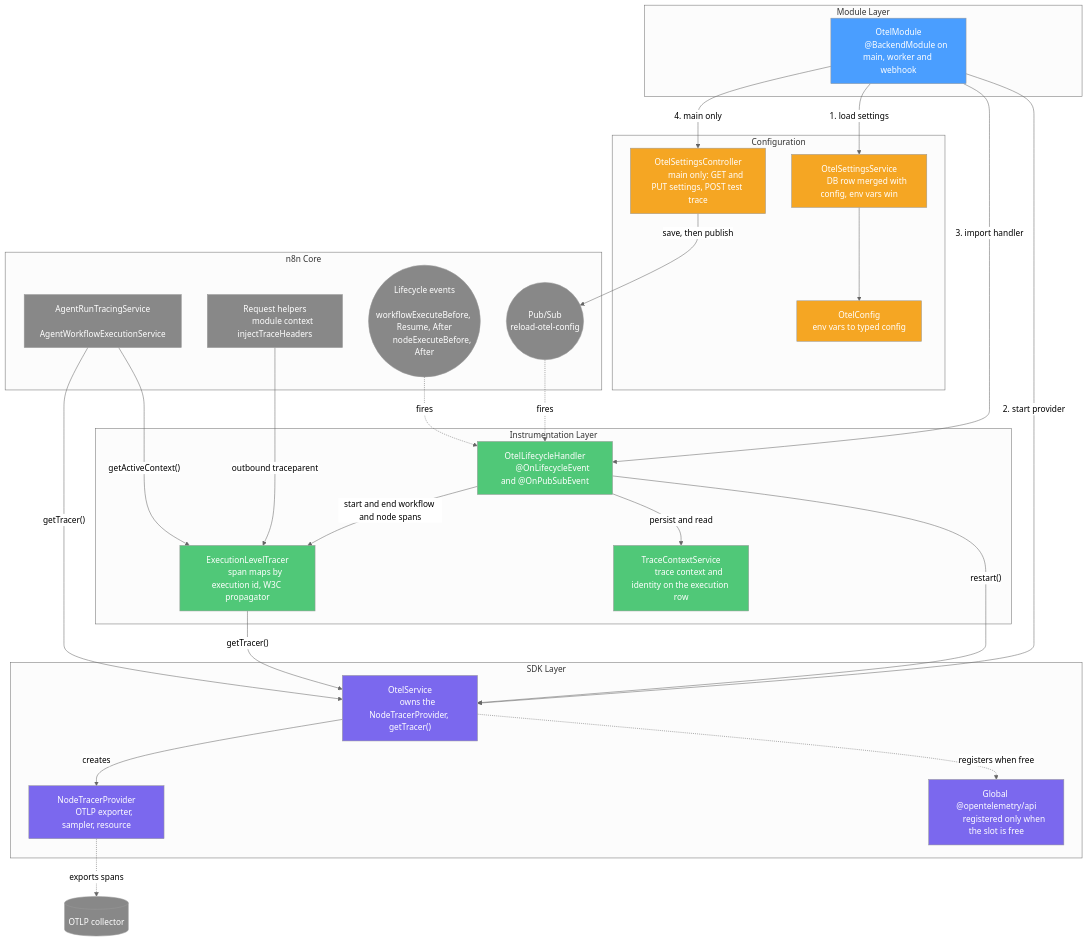
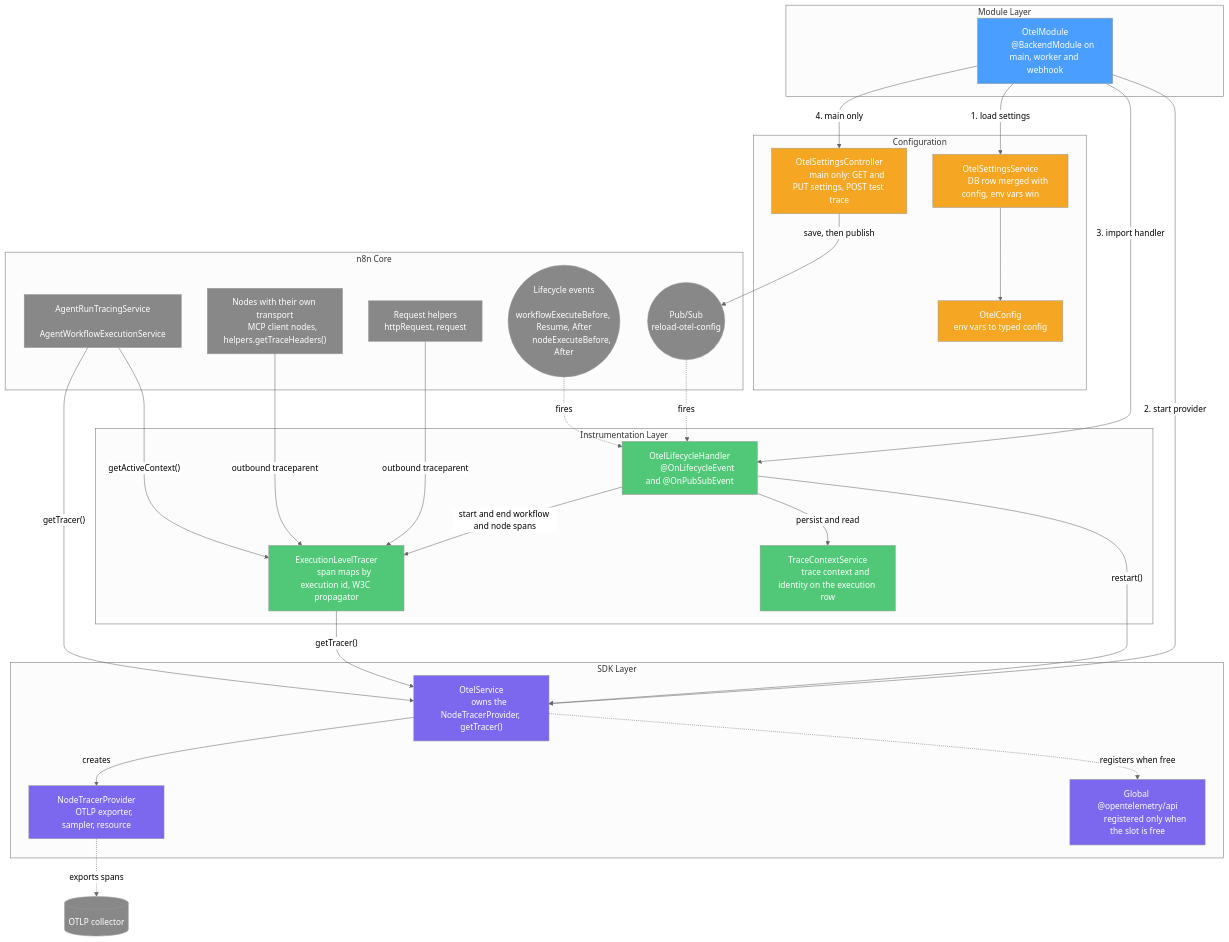
One commit to gabrielmoreira/agent-skills-mirror changed the diagram in mirrors/repos/n8n-io@n8n/packages/cli/src/modules/otel/README.md. Above: the diagram before and after it, drawn with Mermaid (neutral theme). The commit also changed other lines of this file and 6103 other files, not shown here.

````diff
--- a/mirrors/repos/n8n-io@n8n/packages/cli/src/modules/otel/README.md
+++ b/mirrors/repos/n8n-io@n8n/packages/cli/src/modules/otel/README.md
@@ -142,7 +169,9 @@
         PUB(("Pub/Sub
         reload-otel-config"))
         REQ["Request helpers
-        module context injectTraceHeaders"]
+        httpRequest, request"]
+        MCP["Nodes with their own transport
+        MCP client nodes, helpers.getTraceHeaders()"]
         AGT["AgentRunTracingService
         AgentWorkflowExecutionService"]
     end
@@ -165,6 +194,7 @@
     LCH -- "persist and read" --> TCS
     ELT -- "getTracer()" --> SVC
     REQ -- "outbound traceparent" --> ELT
+    MCP -- "outbound traceparent" --> ELT
     AGT -- "getActiveContext()" --> ELT
     AGT -- "getTracer()" --> SVC
     SDK -. "exports spans" .-> COL
@@ -179,5 +209,5 @@
     class CFG,SET,CTRL config
     class SVC,SDK,API sdk
     class LCH,ELT,TCS inst
-    class LC,PUB,REQ,AGT,COL core
+    class LC,PUB,REQ,MCP,AGT,COL core
 ```
````
